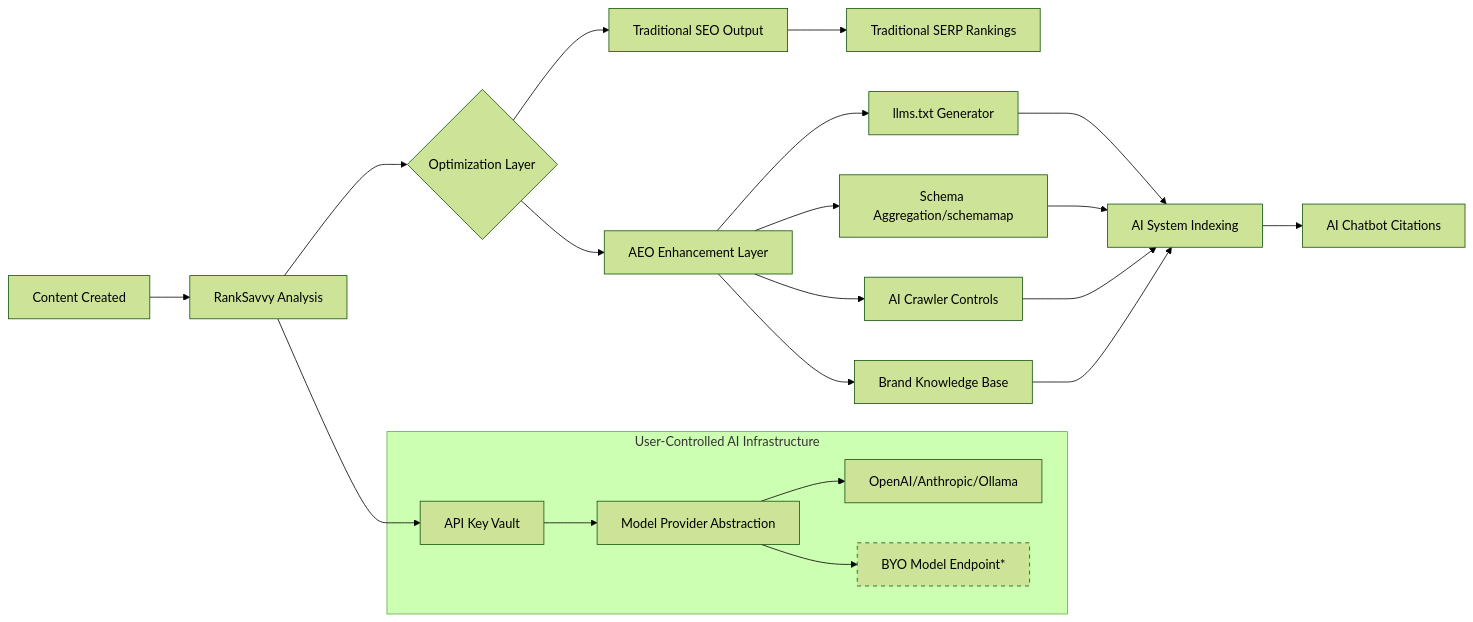
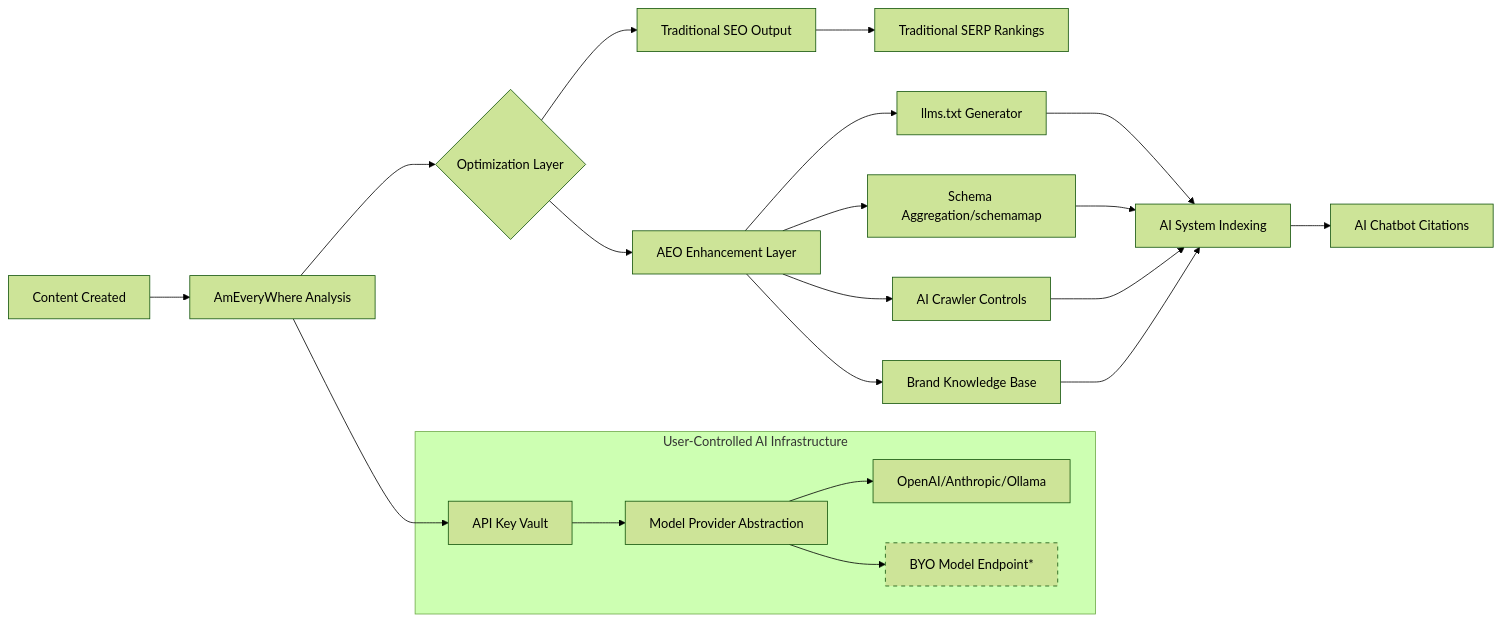
The diagram in specification.md (Skooriteltd/ameverywhere-wp), drawn with Mermaid (forest theme) before and after one commit. The commit also changed other lines of this file and 141 other files, not shown here.

Commit message:
feat: complete Phase 1 rebrand to AmEveryWhere and architecture realignment

````diff
--- a/specification.md
+++ b/specification.md
@@ -373,29 +373,29 @@
 ```mermaid
 graph LR
-    A[Content Created] --> B[RankSavvy Analysis]
+    A[Content Created] --> B[AmEveryWhere Analysis]
     B --> C{Optimization Layer}
     C --> D[Traditional SEO Output]
     C --> E[AEO Enhancement Layer]
     
     E --> F[llms.txt Generator]
     E --> G[Schema Aggregation/schemamap]
     E --> H[AI Crawler Controls]
     E --> I[Brand Knowledge Base]
     
     F --> J[AI System Indexing]
     G --> J
     H --> J
     I --> J
     
     J --> K[AI Chatbot Citations]
     D --> L[Traditional SERP Rankings]
     
     subgraph "User-Controlled AI Infrastructure"
         M[API Key Vault] --> N[Model Provider Abstraction]
         N --> O[OpenAI/Anthropic/Ollama]
         N --> P[BYO Model Endpoint*]
     end
     
     B --> M
     style P stroke-dasharray: 5 5
 ```
````
